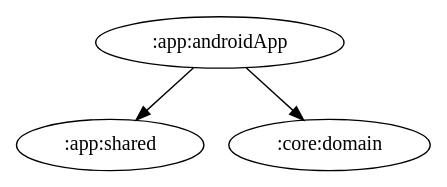
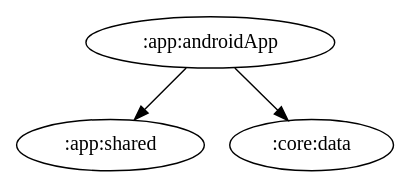
One commit to ai-kurou/KoDriver changed the diagram in docs/graphs/app-androidApp.gv. Above: the diagram before and after it, drawn with Graphviz. The commit also changed 7 other files, not shown here.

Commit message:
chore: update module graph images [skip ci]

```diff
--- a/docs/graphs/app-androidApp.gv
+++ b/docs/graphs/app-androidApp.gv
@@ -1,4 +1,4 @@
 digraph G {
   ":app:androidApp" -> ":app:shared"
-  ":app:androidApp" -> ":core:domain"
+  ":app:androidApp" -> ":core:data"
 }
```
